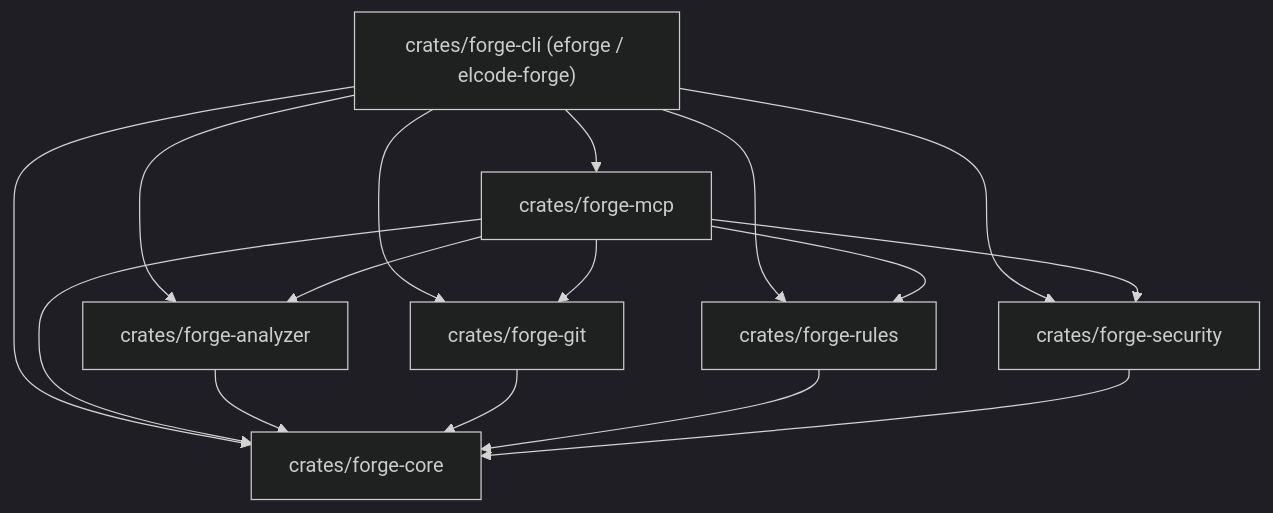
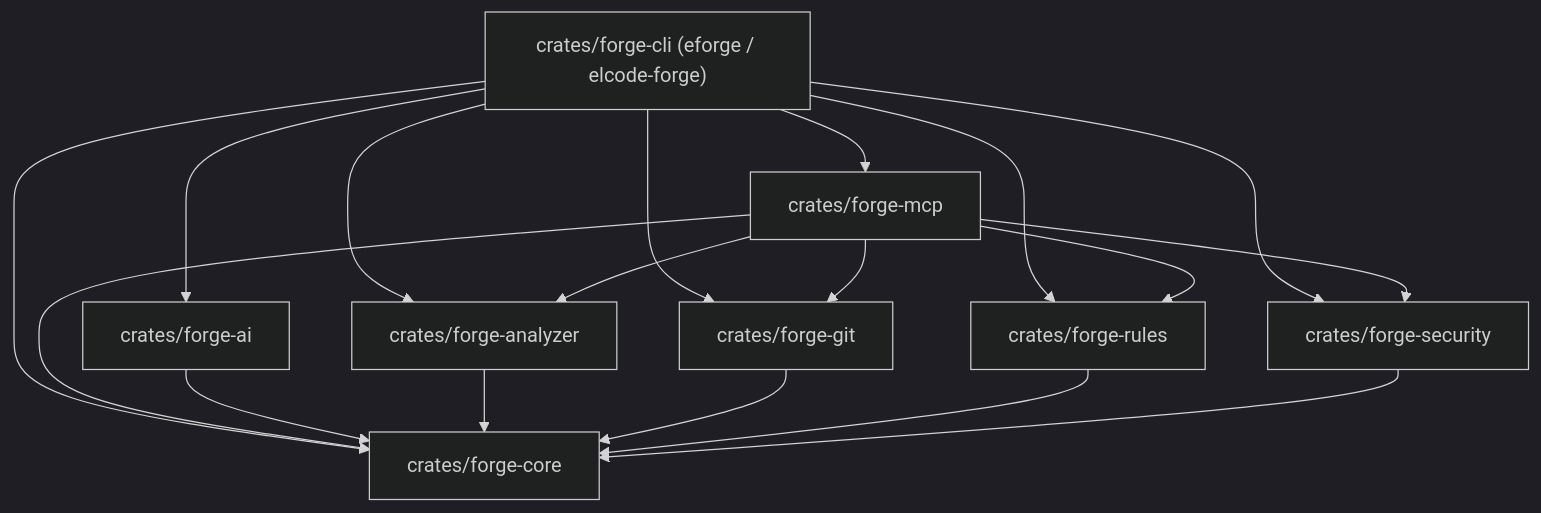
One commit to elcode-id/elcode-forge changed the diagram in README.md. Above: the diagram before and after it, drawn with Mermaid (dark theme). The commit also changed other lines of this file and 8 other files, not shown here.

````diff
--- a/README.md
+++ b/README.md
@@ -302,19 +345,21 @@
 ```mermaid
 flowchart TD
     CLI["crates/forge-cli (eforge / elcode-forge)"] --> ANALYZER["crates/forge-analyzer"]
     CLI --> GIT["crates/forge-git"]
     CLI --> RULES["crates/forge-rules"]
     CLI --> SECURITY["crates/forge-security"]
+    CLI --> AI["crates/forge-ai"]
     CLI --> MCP["crates/forge-mcp"]
     CLI --> CORE["crates/forge-core"]
 
     MCP --> ANALYZER
     MCP --> GIT
     MCP --> RULES
     MCP --> SECURITY
     MCP --> CORE
+    AI --> CORE
     ANALYZER --> CORE
     GIT --> CORE
     RULES --> CORE
     SECURITY --> CORE
 ```
````
